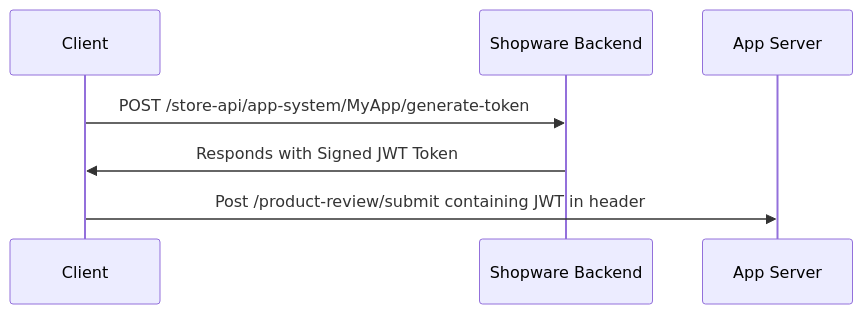
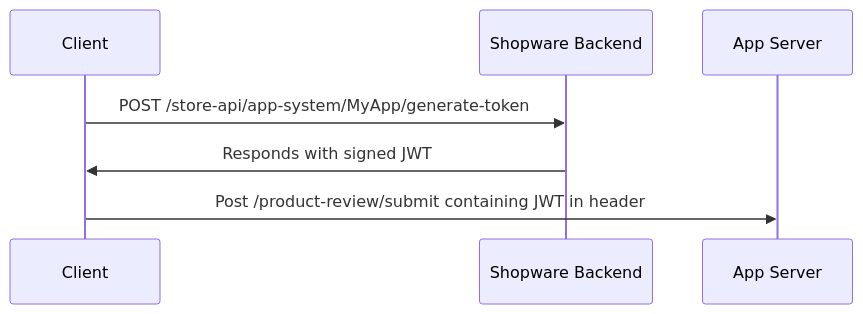
Before and after one commit to shopware/docs: the diagram in guides/plugins/apps/clientside-to-app-backend.md, drawn with Mermaid. The commit also changed other lines of this file, not shown here.

````diff
--- a/guides/plugins/apps/clientside-to-app-backend.md
+++ b/guides/plugins/apps/clientside-to-app-backend.md
@@ -18,9 +19,9 @@
 ```mermaid
 sequenceDiagram
     participant Client
     participant Shopware Backend
     participant App Server
     Client->>Shopware Backend: POST /store-api/app-system/MyApp/generate-token
-    Shopware Backend->>Client: Responds with Signed JWT Token
+    Shopware Backend->>Client: Responds with signed JWT
     Client->>App Server: Post /product-review/submit containing JWT in header
 ```
````
